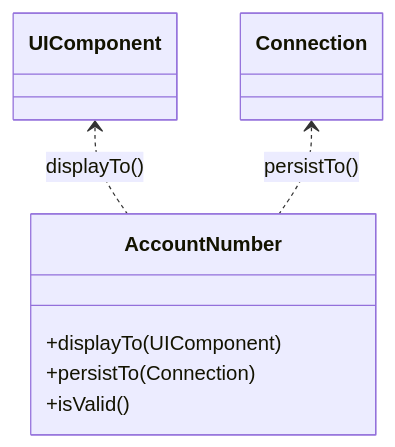
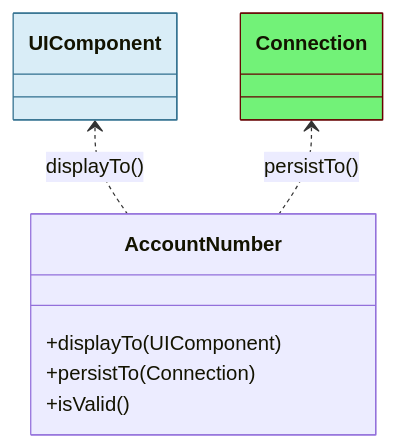
Before and after one commit to andreas-wagner-dev/object-oriented-learning-journey: the second of 5 diagrams in blog/ui/Classic-DDD-vs-OOP-UI-Persistence-FINAL.md, drawn with Mermaid. The commit also changed other lines of this file, not shown here.

````diff
--- a/blog/ui/Classic-DDD-vs-OOP-UI-Persistence-FINAL.md
+++ b/blog/ui/Classic-DDD-vs-OOP-UI-Persistence-FINAL.md
@@ -162,10 +166,13 @@
 ```mermaid
 classDiagram
     class AccountNumber {
         +displayTo(UIComponent)
         +persistTo(Connection)
         +isValid()
     }
     UIComponent <.. AccountNumber : displayTo()
     Connection <.. AccountNumber : persistTo()
+
+   style UIComponent fill:#d9edf7,stroke:#31708f
+   style Connection fill:#72f278,stroke:#600
 ```
````
